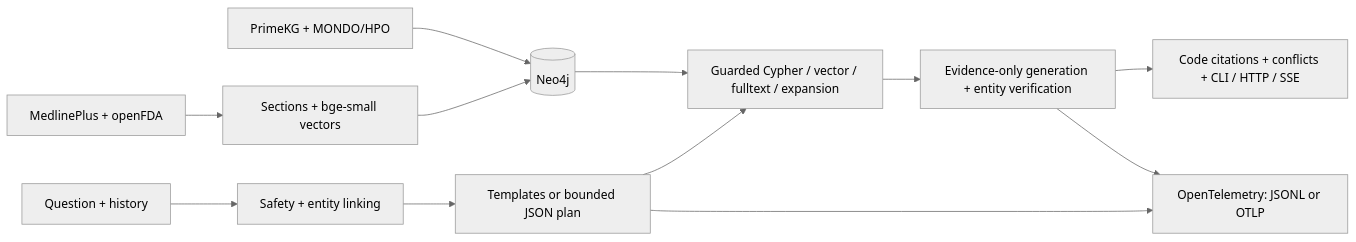
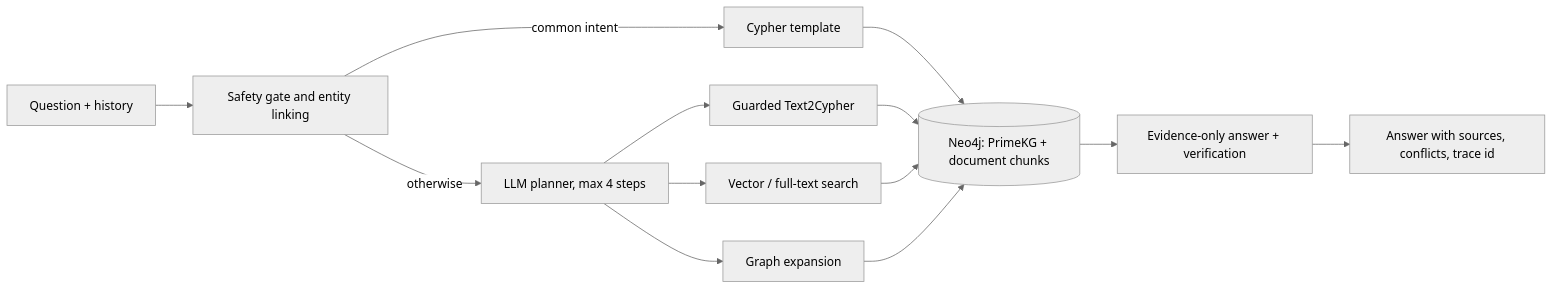
Before and after one commit to shyfox-01/medical-kg-qa: the diagram in README.md, drawn with Mermaid (neutral theme). The commit also changed other lines of this file and 24 other files, not shown here.

````diff
--- a/README.md
+++ b/README.md
@@ -8,14 +52,15 @@
 ```mermaid
 flowchart LR
-  CSV[PrimeKG + MONDO/HPO] --> KG[(Neo4j)]
-  Text[MedlinePlus + openFDA] --> Chunks[Sections + bge-small vectors]
-  Chunks --> KG
-  Q[Question + history] --> Safety[Safety + entity linking]
-  Safety --> Plan[Templates or bounded JSON plan]
-  Plan --> Tools[Guarded Cypher / vector / fulltext / expansion]
-  KG --> Tools
-  Tools --> Answer[Evidence-only generation + entity verification]
-  Answer --> Output[Code citations + conflicts + CLI / HTTP / SSE]
-  Plan --> Trace[OpenTelemetry: JSONL or OTLP]
-  Answer --> Trace
+  Q[Question + history] --> S[Safety gate and entity linking]
+  S -->|common intent| T[Cypher template]
+  S -->|otherwise| P[LLM planner, max 4 steps]
+  P --> C[Guarded Text2Cypher]
+  P --> V[Vector / full-text search]
+  P --> X[Graph expansion]
+  T --> G[(Neo4j: PrimeKG + document chunks)]
+  C --> G
+  V --> G
+  X --> G
+  G --> A[Evidence-only answer + verification]
+  A --> O[Answer with sources, conflicts, trace id]
 ```
````
